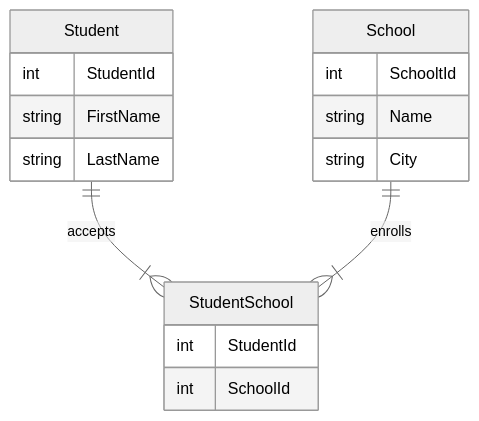
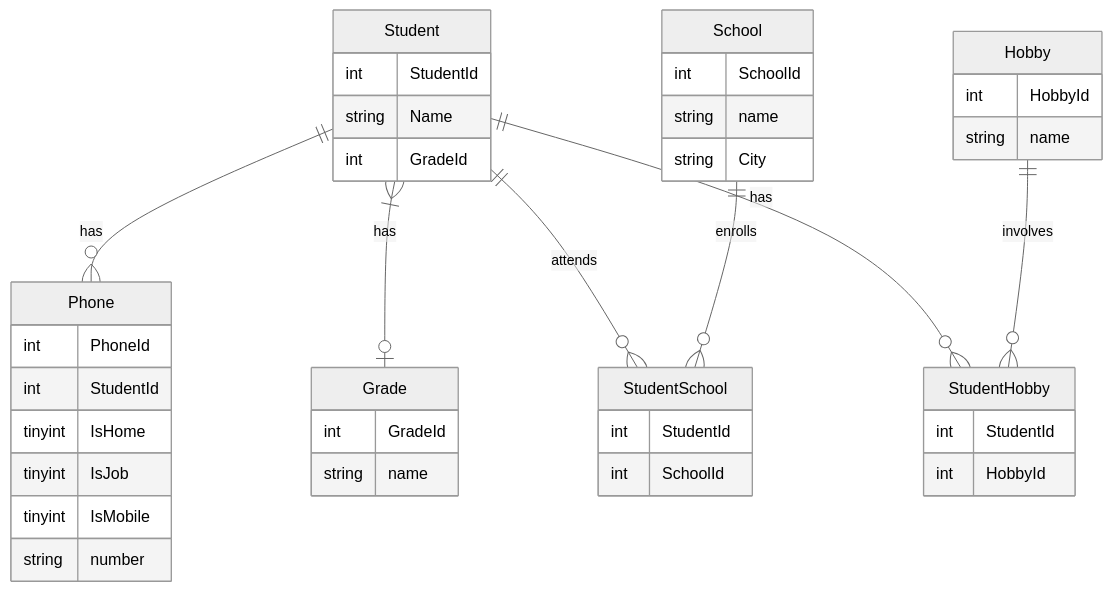
Before and after one commit to AnnaAxelsson051/Database-Design-Normalization: the diagram in README.md, drawn with Mermaid (neutral theme).

Commit message:
added full mermaid diagram to readme

````diff
--- a/README.md
+++ b/README.md
@@ -3,19 +3,44 @@
 ```mermaid
 erDiagram
-Student ||--|{ StudentSchool : accepts
-    School ||--|{ StudentSchool : enrolls
-   Student {
-        int   StudentId
-        string   FirstName
-        string   LastName
+    Student ||--o{ Phone : has
+    Student }|--o| Grade : has
+    Student ||--o{ StudentSchool : attends
+    School ||--o{ StudentSchool : enrolls
+    Student ||--o{ StudentHobby : has
+    Hobby ||--o{ StudentHobby : involves
+
+  Student {
+        int StudentId
+        string Name
+        int GradeId
     }
-    School {
-        int   SchooltId
-        string   Name
-        string   City
+      Phone {
+        int PhoneId
+        int StudentId
+        tinyint IsHome 
+        tinyint IsJob
+        tinyint IsMobile
+        string number
     }
-    StudentSchool {
-        int   StudentId
-        int   SchoolId
+       School {
+        int SchoolId
+        string name
+        string City
+    }
+        StudentSchool {
+        int StudentId
+        int SchoolId
+    }
+      Hobby {
+        int HobbyId
+        string name
+    }
+    StudentHobby {
+        int StudentId
+        int HobbyId
+    }
+     Grade {
+        int GradeId
+        string name
     }
 ```
````
